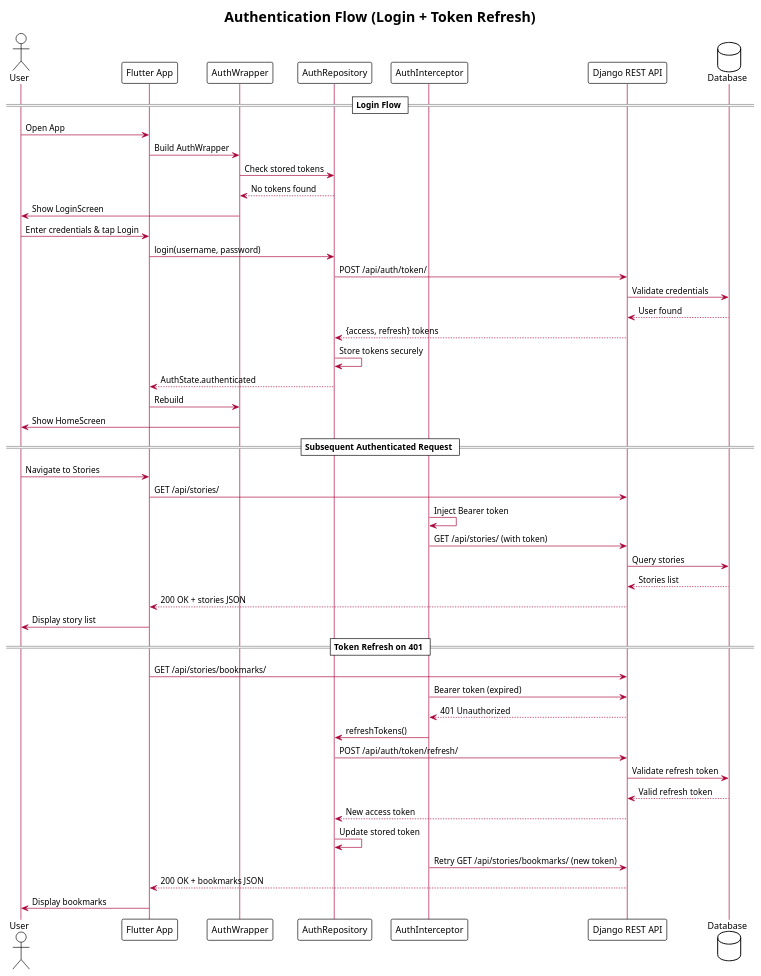
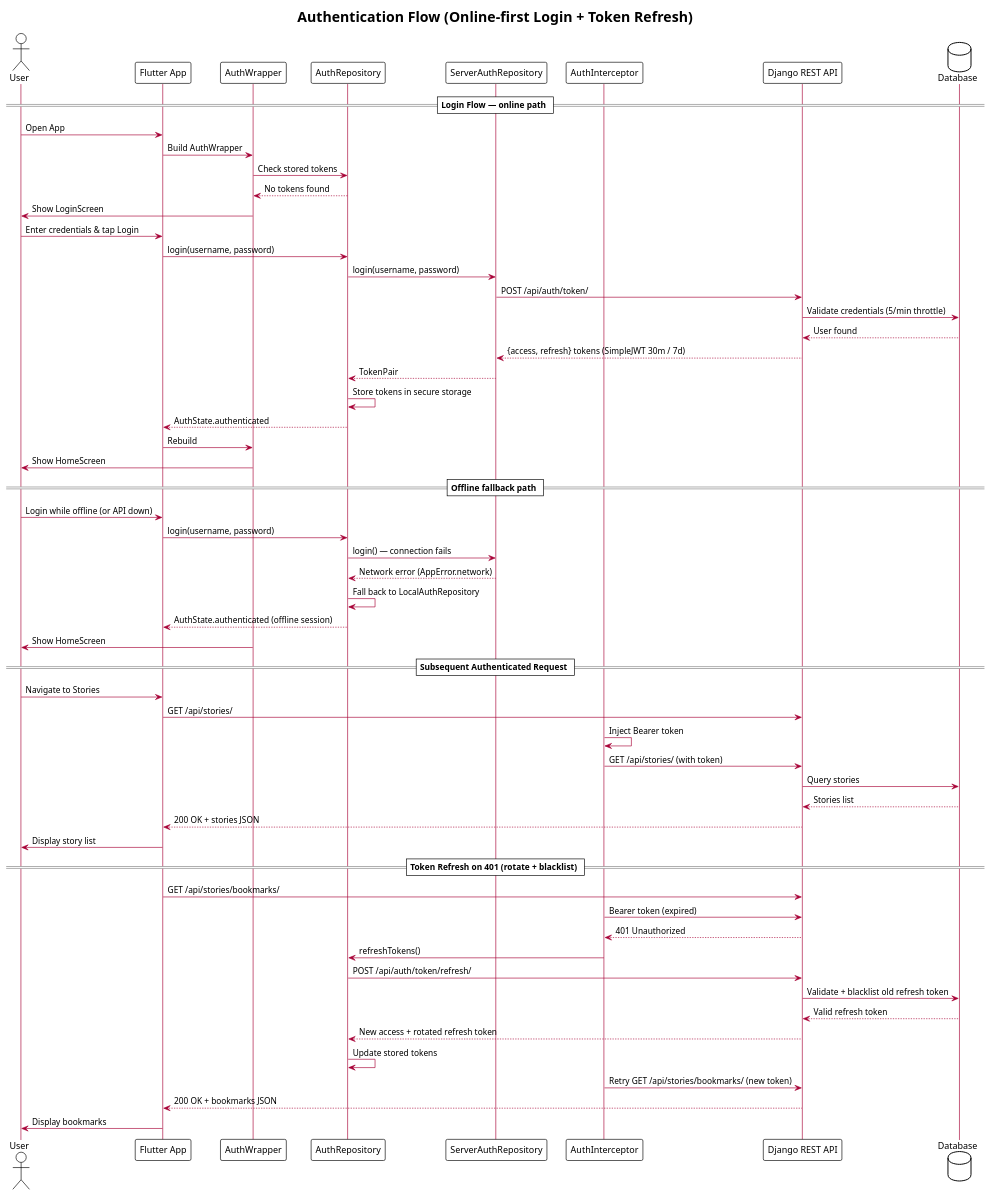
One commit to fabiljayson/Griot-2.0 changed the first of 6 diagrams in docs/diagrams/plantuml/04-sequence-diagram.puml. Above: the diagram before and after it, drawn with PlantUML. The commit also changed other lines of this file and 87 other files, not shown here.

```diff
--- a/docs/diagrams/plantuml/04-sequence-diagram.puml
+++ b/docs/diagrams/plantuml/04-sequence-diagram.puml
@@ -1,64 +1,77 @@
 @startuml Authentication Flow
 !theme plain
 skinparam sequence {
   BackgroundColor #FEFECE
   ArrowColor #A80036
   LifeLineBorderColor #A80036
 }
 
-title Authentication Flow (Login + Token Refresh)
+title Authentication Flow (Online-first Login + Token Refresh)
 
 actor User as U
 participant "Flutter App" as App
 participant "AuthWrapper" as AW
 participant "AuthRepository" as AR
+participant "ServerAuthRepository" as SR
 participant "AuthInterceptor" as AI
 participant "Django REST API" as API
 database "Database" as DB
 
-== Login Flow ==
+== Login Flow — online path ==
 
 U -> App : Open App
 App -> AW : Build AuthWrapper
 AW -> AR : Check stored tokens
 AR --> AW : No tokens found
 AW -> U : Show LoginScreen
 
 U -> App : Enter credentials & tap Login
 App -> AR : login(username, password)
-AR -> API : POST /api/auth/token/
-API -> DB : Validate credentials
+AR -> SR : login(username, password)
+SR -> API : POST /api/auth/token/
+API -> DB : Validate credentials (5/min throttle)
 DB --> API : User found
-API --> AR : {access, refresh} tokens
-AR -> AR : Store tokens securely
+API --> SR : {access, refresh} tokens (SimpleJWT 30m / 7d)
+SR --> AR : TokenPair
+AR -> AR : Store tokens in secure storage
 AR --> App : AuthState.authenticated
 App -> AW : Rebuild
+AW -> U : Show HomeScreen
+
+== Offline fallback path ==
+
+U -> App : Login while offline (or API down)
+App -> AR : login(username, password)
+AR -> SR : login() — connection fails
+SR --> AR : Network error (AppError.network)
+AR -> AR : Fall back to LocalAuthRepository
+AR --> App : AuthState.authenticated (offline session)
 AW -> U : Show HomeScreen
 
 == Subsequent Authenticated Request ==
 
 U -> App : Navigate to Stories
 App -> API : GET /api/stories/
 AI -> AI : Inject Bearer token
 AI -> API : GET /api/stories/ (with token)
 API -> DB : Query stories
 DB --> API : Stories list
 API --> App : 200 OK + stories JSON
 App -> U : Display story list
 
-== Token Refresh on 401 ==
+== Token Refresh on 401 (rotate + blacklist) ==
 
 App -> API : GET /api/stories/bookmarks/
 AI -> API : Bearer token (expired)
 API --> AI : 401 Unauthorized
 AI -> AR : refreshTokens()
 AR -> API : POST /api/auth/token/refresh/
-API -> DB : Validate refresh token
+API -> DB : Validate + blacklist old refresh token
 DB --> API : Valid refresh token
-API --> AR : New access token
-AR -> AR : Update stored token
+API --> AR : New access + rotated refresh token
+AR -> AR : Update stored tokens
 AI -> API : Retry GET /api/stories/bookmarks/ (new token)
 API --> App : 200 OK + bookmarks JSON
 App -> U : Display bookmarks
 
 @enduml
```
